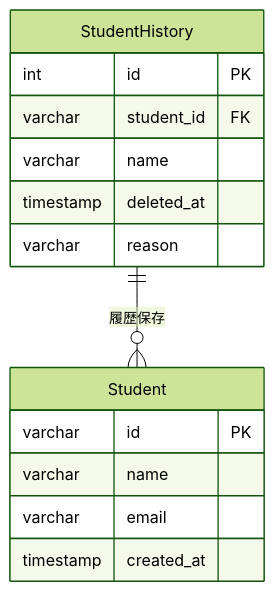
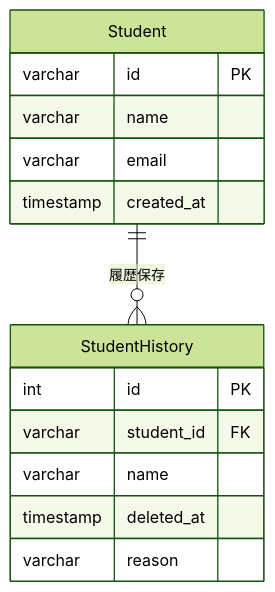
Before and after one commit to daiki-tadokoro/praha-challenge: the first of 3 diagrams in Database/07_modeling/課題1-2.md, drawn with Mermaid (forest theme).

````diff
--- a/Database/07_modeling/課題1-2.md
+++ b/Database/07_modeling/課題1-2.md
@@ -10,19 +10,19 @@
 ```mermaid
 erDiagram
     Student {
         varchar id PK
         varchar name
         varchar email
         timestamp created_at
     }
     
     StudentHistory {
         int id PK
         varchar student_id FK
         varchar name
         timestamp deleted_at
         varchar reason
     }
     
-    StudentHistory ||--o{ Student : "履歴保存"
+    Student ||--o{ StudentHistory : "履歴保存"
 ```
````
